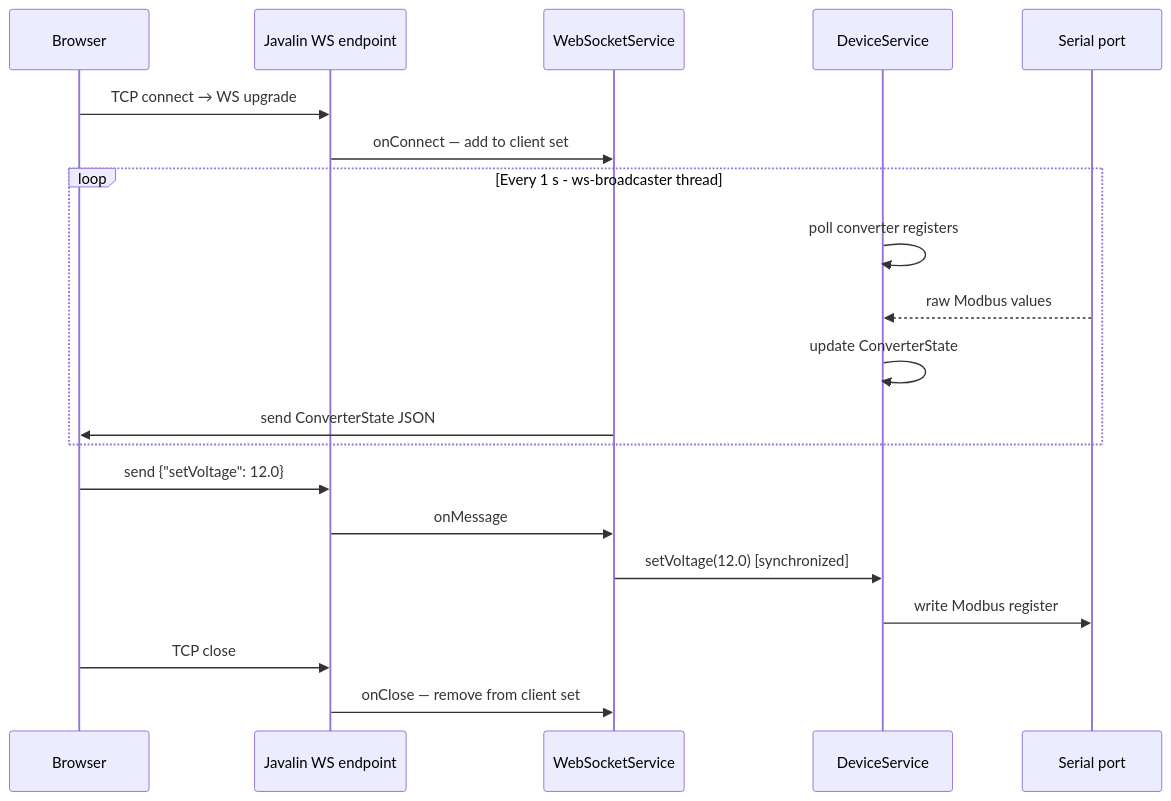
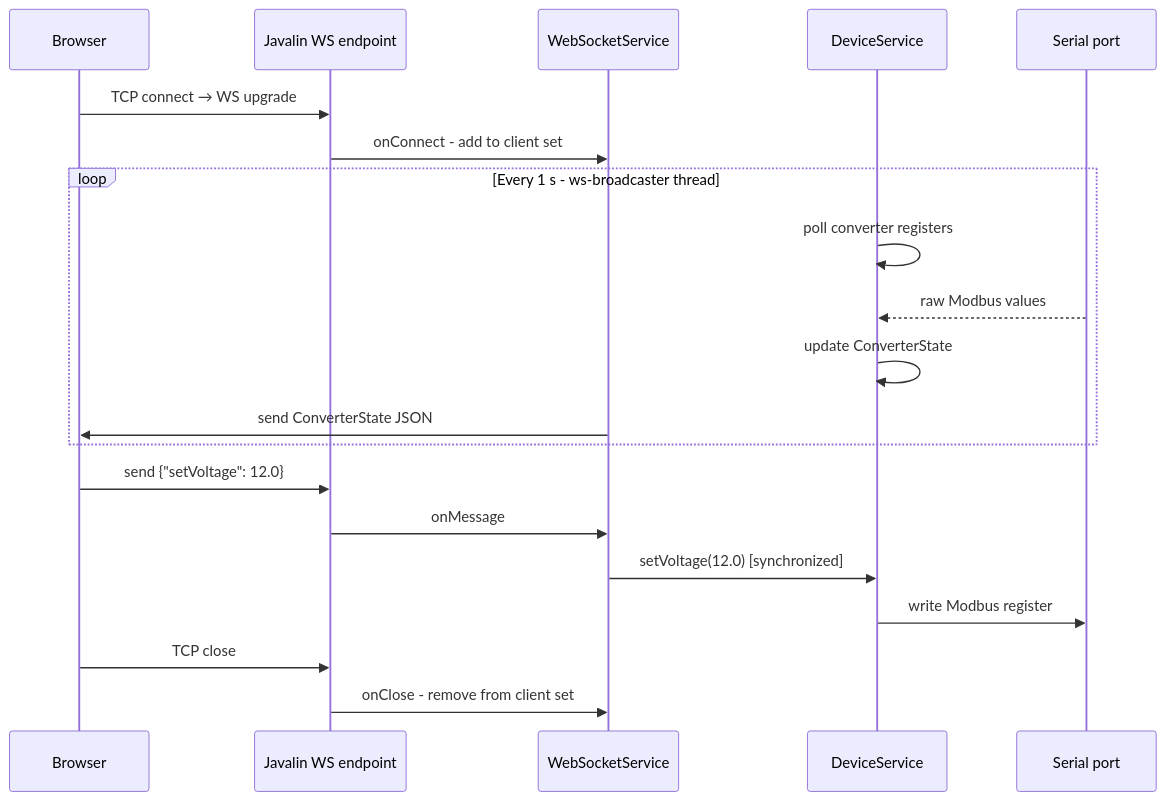
Before and after one commit to Warpguru/DCDC-Converter: the second of 3 diagrams in README.md, drawn with Mermaid. The commit also changed other lines of this file and 27 other files, not shown here.

````diff
--- a/README.md
+++ b/README.md
@@ -270,26 +319,26 @@
 ```mermaid
 sequenceDiagram
     participant Browser
     participant Javalin as Javalin WS endpoint
     participant WS as WebSocketService
     participant DS as DeviceService
     participant HW as Serial port
 
     Browser->>Javalin: TCP connect → WS upgrade
-    Javalin->>WS: onConnect — add to client set
+    Javalin->>WS: onConnect - add to client set
 
     loop Every 1 s - ws-broadcaster thread
         DS->>DS: poll converter registers
         HW-->>DS: raw Modbus values
         DS->>DS: update ConverterState
         WS->>Browser: send ConverterState JSON
     end
 
     Browser->>Javalin: send {"setVoltage": 12.0}
     Javalin->>WS: onMessage
     WS->>DS: setVoltage(12.0) [synchronized]
     DS->>HW: write Modbus register
 
     Browser->>Javalin: TCP close
-    Javalin->>WS: onClose — remove from client set
+    Javalin->>WS: onClose - remove from client set
 ```
````
